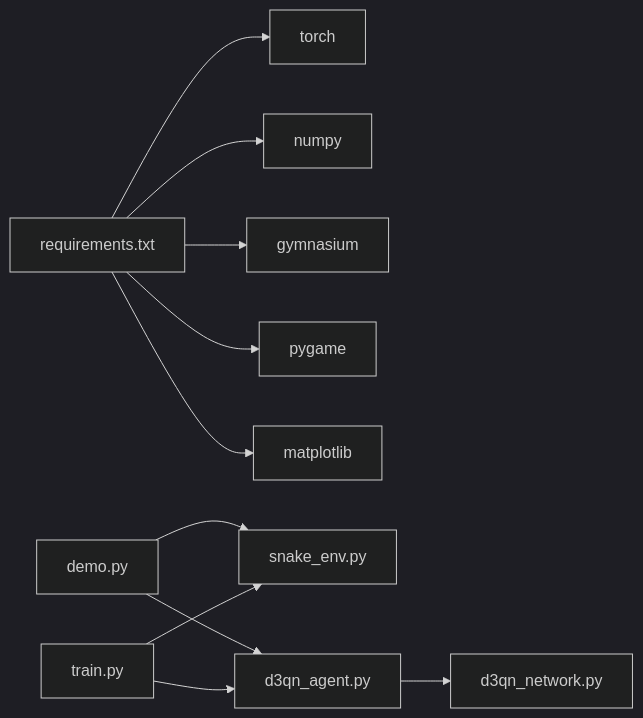
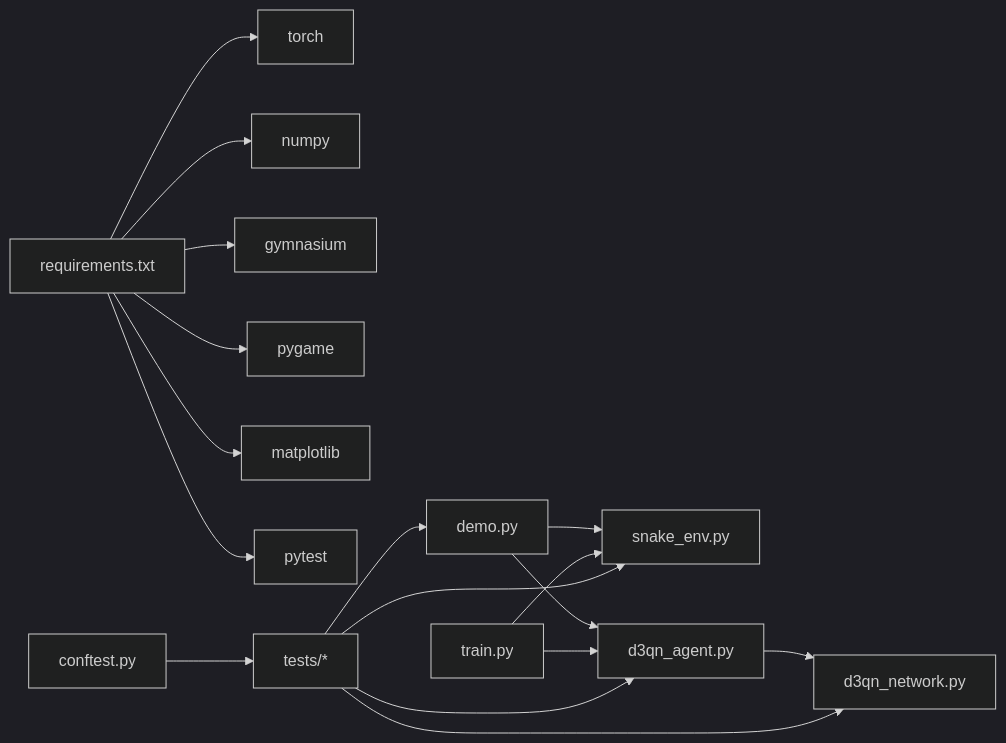
One commit to fuweiq94-cloud/3399180760000 changed the sixth of 6 diagrams in .qoder/repowiki/zh/content/演示和测试/演示和测试.md. Above: the diagram before and after it, drawn with Mermaid (dark theme). The commit also changed other lines of this file and 75 other files, not shown here.

````diff
--- a/.qoder/repowiki/zh/content/演示和测试/演示和测试.md
+++ b/.qoder/repowiki/zh/content/演示和测试/演示和测试.md
@@ -288,13 +416,19 @@
 ```mermaid
 graph LR
 Req["requirements.txt"] --> Torch["torch"]
 Req --> Numpy["numpy"]
 Req --> Gym["gymnasium"]
 Req --> Pyg["pygame"]
 Req --> Mat["matplotlib"]
+Req --> Pyt["pytest"]
 Demo["demo.py"] --> Env["snake_env.py"]
 Demo --> Agent["d3qn_agent.py"]
 Agent --> Net["d3qn_network.py"]
 Train["train.py"] --> Env
 Train --> Agent
+Tests["tests/*"] --> Demo
+Tests --> Env
+Tests --> Agent
+Tests --> Net
+Conftest["conftest.py"] --> Tests
 ```
````
